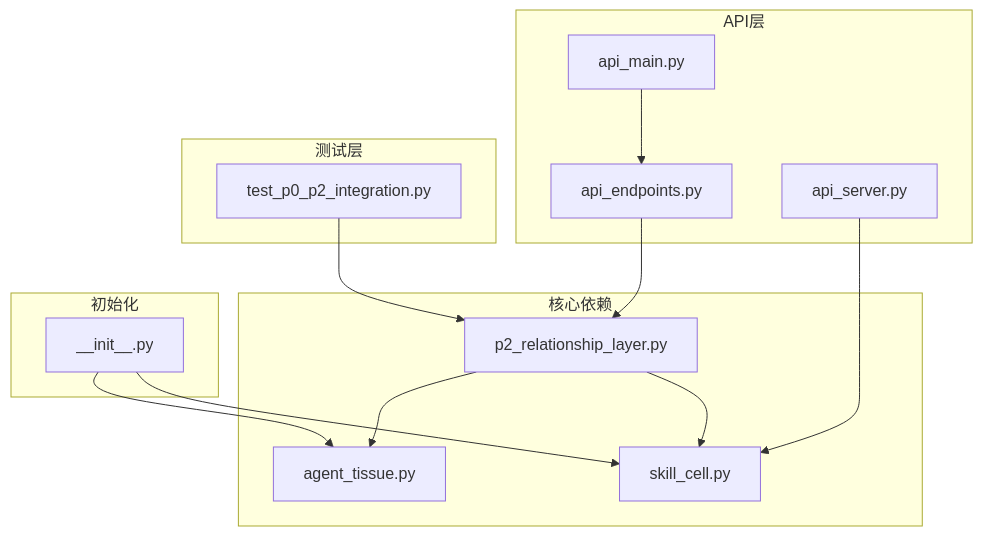
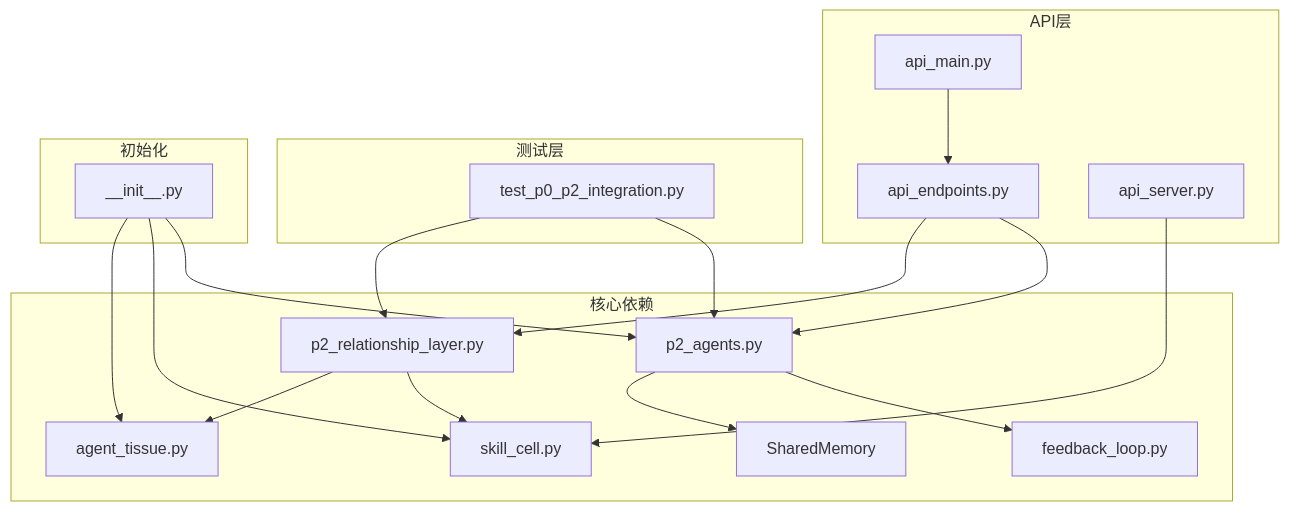
Before and after one commit to jackeyunjie/open-notebook: diagram 14 of 14 in .qoder/repowiki/zh/content/P2关系层.md, drawn with Mermaid. The commit also changed other lines of this file and 51 other files, not shown here.

````diff
--- a/.qoder/repowiki/zh/content/P2关系层.md
+++ b/.qoder/repowiki/zh/content/P2关系层.md
@@ -342,27 +567,35 @@
 ```mermaid
 graph TB
 subgraph "核心依赖"
 P2Layer[p2_relationship_layer.py]
+P2Agents[p2_agents.py]
 AgentTissue[agent_tissue.py]
 LivingSkill[skill_cell.py]
+FeedbackLoop[feedback_loop.py]
+SharedMemory[SharedMemory]
 end
 subgraph "API层"
 APIEndpoints[api_endpoints.py]
 APIMain[api_main.py]
 APIServer[api_server.py]
 end
 subgraph "测试层"
 TestIntegration[test_p0_p2_integration.py]
 end
 subgraph "初始化"
 Init[__init__.py]
 end
 P2Layer --> AgentTissue
 P2Layer --> LivingSkill
+P2Agents --> SharedMemory
+P2Agents --> FeedbackLoop
 APIEndpoints --> P2Layer
+APIEndpoints --> P2Agents
 APIMain --> APIEndpoints
 APIServer --> LivingSkill
 TestIntegration --> P2Layer
+TestIntegration --> P2Agents
 Init --> AgentTissue
 Init --> LivingSkill
+Init --> P2Agents
 ```
````
